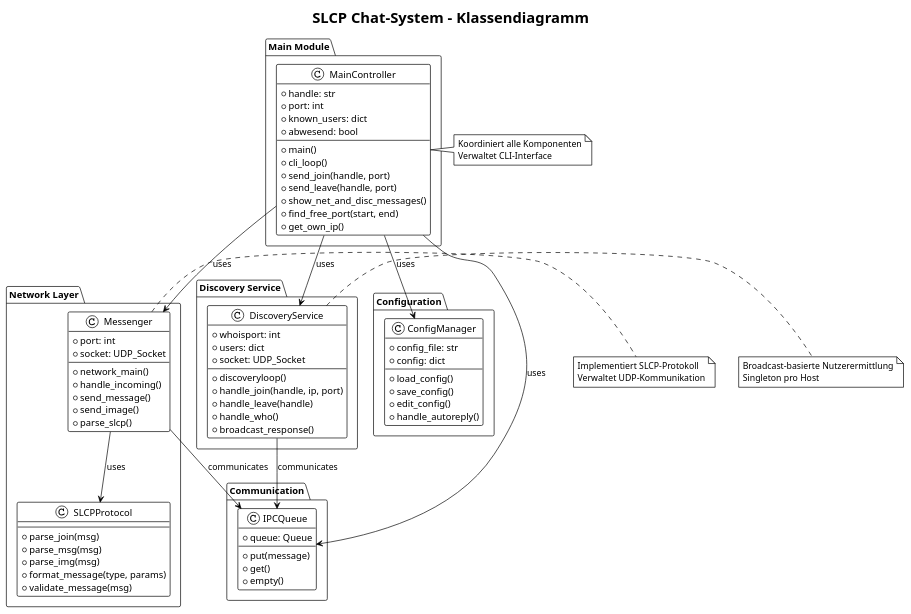
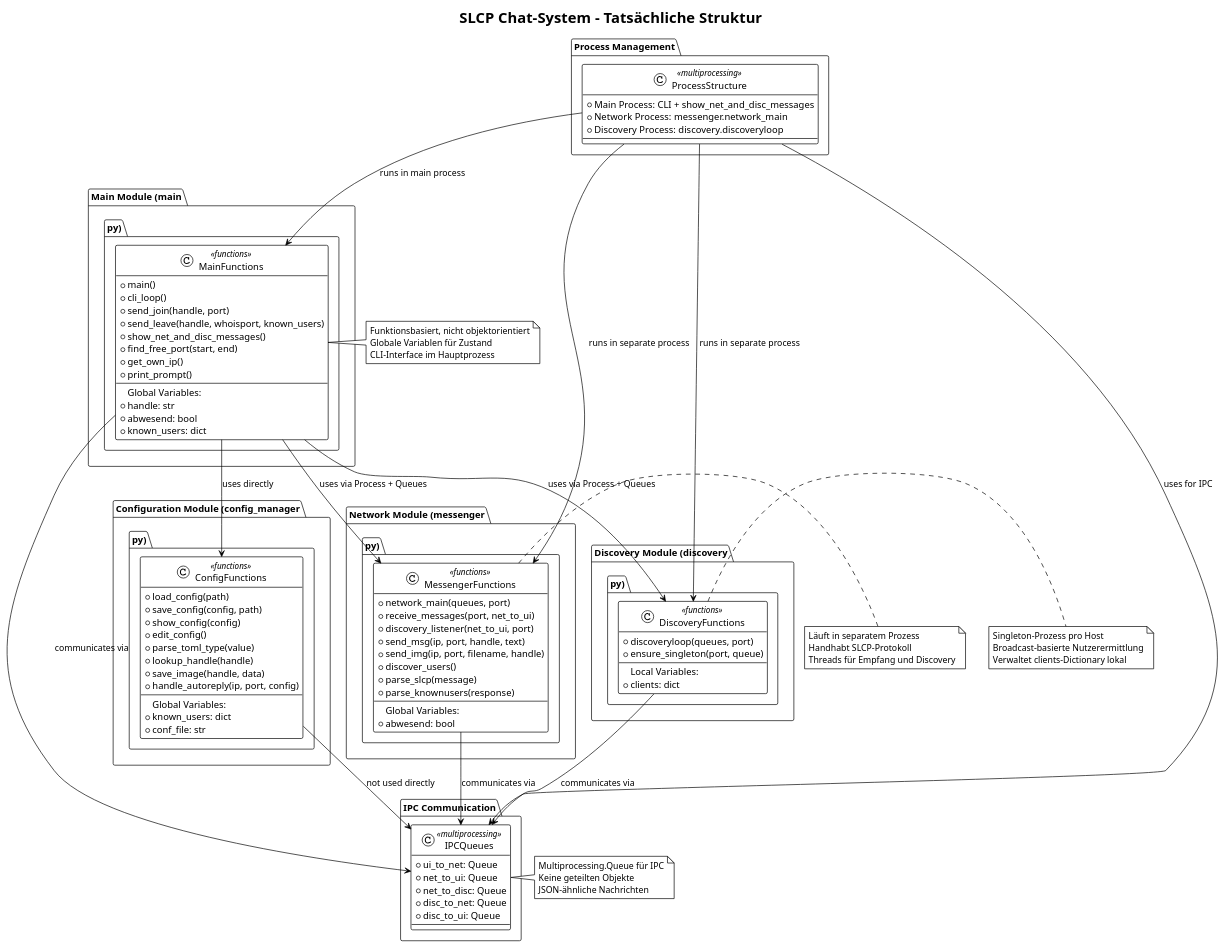
The second of 3 diagrams in src/docs/plantuml/sequence_diagram.puml (Woah-Nolde/P2PChat), drawn with PlantUML before and after one commit. The commit also changed other lines of this file and 4 other files, not shown here.

```diff
--- a/src/docs/plantuml/sequence_diagram.puml
+++ b/src/docs/plantuml/sequence_diagram.puml
@@ -58,105 +57,122 @@
 @startuml class_diagram
 !theme plain
-title SLCP Chat-System - Klassendiagramm
+title SLCP Chat-System - Tatsächliche Struktur
 
-package "Main Module" {
-    class MainController {
-        +handle: str
-        +port: int
-        +known_users: dict
-        +abwesend: bool
-        --
+package "Main Module (main.py)" {
+    class MainFunctions <<functions>> {
         +main()
         +cli_loop()
         +send_join(handle, port)
-        +send_leave(handle, port)
+        +send_leave(handle, whoisport, known_users)
         +show_net_and_disc_messages()
         +find_free_port(start, end)
         +get_own_ip()
+        +print_prompt()
+        --
+        Global Variables:
+        +handle: str
+        +abwesend: bool
+        +known_users: dict
     }
 }
 
-package "Network Layer" {
-    class Messenger {
-        +port: int
-        +socket: UDP_Socket
+package "Network Module (messenger.py)" {
+    class MessengerFunctions <<functions>> {
+        +network_main(queues, port)
+        +receive_messages(port, net_to_ui)
+        +discovery_listener(net_to_ui, port)
+        +send_msg(ip, port, handle, text)
+        +send_img(ip, port, filename, handle)
+        +discover_users()
+        +parse_slcp(message)
+        +parse_knownusers(response)
         --
-        +network_main()
-        +handle_incoming()
-        +send_message()
-        +send_image()
-        +parse_slcp()
-    }
-    
-    class SLCPProtocol {
-        --
-        +parse_join(msg)
-        +parse_msg(msg)  
-        +parse_img(msg)
-        +format_message(type, params)
-        +validate_message(msg)
+        Global Variables:
+        +abwesend: bool
     }
 }
 
-package "Discovery Service" {
-    class DiscoveryService {
-        +whoisport: int
-        +users: dict
-        +socket: UDP_Socket
+package "Discovery Module (discovery.py)" {
+    class DiscoveryFunctions <<functions>> {
+        +discoveryloop(queues, port)
+        +ensure_singleton(port, queue)
         --
-        +discoveryloop()
-        +handle_join(handle, ip, port)
-        +handle_leave(handle)
-        +handle_who()
-        +broadcast_response()
+        Local Variables:
+        +clients: dict
     }
 }
 
-package "Configuration" {
-    class ConfigManager {
-        +config_file: str
-        +config: dict
+package "Configuration Module (config_manager.py)" {
+    class ConfigFunctions <<functions>> {
+        +load_config(path)
+        +save_config(config, path)
+        +show_config(config)
+        +edit_config()
+        +parse_toml_type(value)
+        +lookup_handle(handle)
+        +save_image(handle, data)
+        +handle_autoreply(ip, port, config)
         --
-        +load_config()
-        +save_config()
-        +edit_config()
-        +handle_autoreply()
+        Global Variables:
+        +known_users: dict
+        +conf_file: str
     }
 }
 
-package "Communication" {
-    class IPCQueue {
-        +queue: Queue
-        --
-        +put(message)
-        +get()
-        +empty()
+package "IPC Communication" {
+    class IPCQueues <<multiprocessing>> {
+        +ui_to_net: Queue
+        +net_to_ui: Queue
+        +net_to_disc: Queue
+        +disc_to_net: Queue
+        +disc_to_ui: Queue
     }
 }
 
-MainController --> Messenger : uses
-MainController --> DiscoveryService : uses  
-MainController --> ConfigManager : uses
-MainController --> IPCQueue : uses
+package "Process Management" {
+    class ProcessStructure <<multiprocessing>> {
+        +Main Process: CLI + show_net_and_disc_messages
+        +Network Process: messenger.network_main
+        +Discovery Process: discovery.discoveryloop
+    }
+}
 
-Messenger --> SLCPProtocol : uses
-Messenger --> IPCQueue : communicates
+MainFunctions --> MessengerFunctions : uses via Process + Queues
+MainFunctions --> DiscoveryFunctions : uses via Process + Queues
+MainFunctions --> ConfigFunctions : uses directly
+MainFunctions --> IPCQueues : communicates via
 
-DiscoveryService --> IPCQueue : communicates
+MessengerFunctions --> IPCQueues : communicates via
+DiscoveryFunctions --> IPCQueues : communicates via
+ConfigFunctions --> IPCQueues : not used directly
 
-note right of MainController
-  Koordiniert alle Komponenten
-  Verwaltet CLI-Interface
+ProcessStructure --> IPCQueues : uses for IPC
+ProcessStructure --> MainFunctions : runs in main process
+ProcessStructure --> MessengerFunctions : runs in separate process
+ProcessStructure --> DiscoveryFunctions : runs in separate process
+
+note right of MainFunctions
+  Funktionsbasiert, nicht objektorientiert
+  Globale Variablen für Zustand
+  CLI-Interface im Hauptprozess
 end note
 
-note right of Messenger
-  Implementiert SLCP-Protokoll
-  Verwaltet UDP-Kommunikation
+note right of MessengerFunctions
+  Läuft in separatem Prozess
+  Handhabt SLCP-Protokoll
+  Threads für Empfang und Discovery
 end note
 
-note right of DiscoveryService  
+note right of DiscoveryFunctions
+  Singleton-Prozess pro Host
   Broadcast-basierte Nutzerermittlung
-  Singleton pro Host
+  Verwaltet clients-Dictionary lokal
+end note
+
+note right of IPCQueues
+  Multiprocessing.Queue für IPC
+  Keine geteilten Objekte
+  JSON-ähnliche Nachrichten
 end note
 
 @enduml
```
